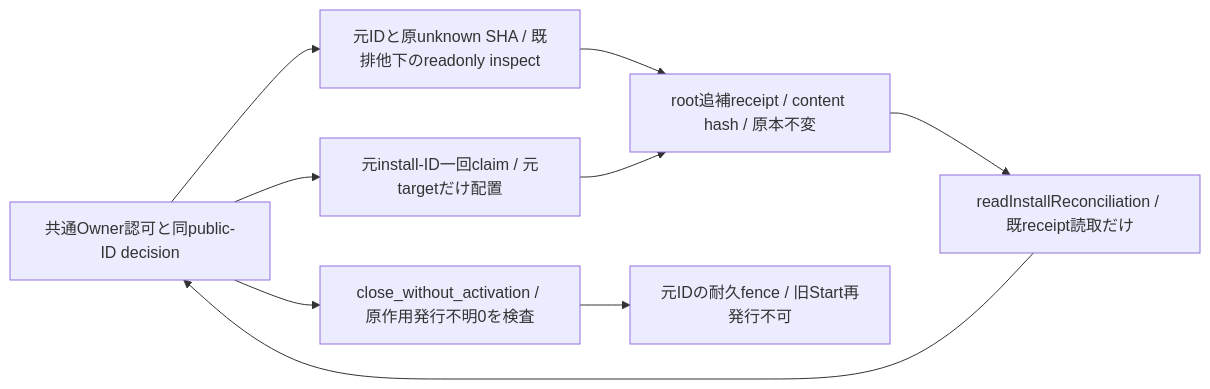
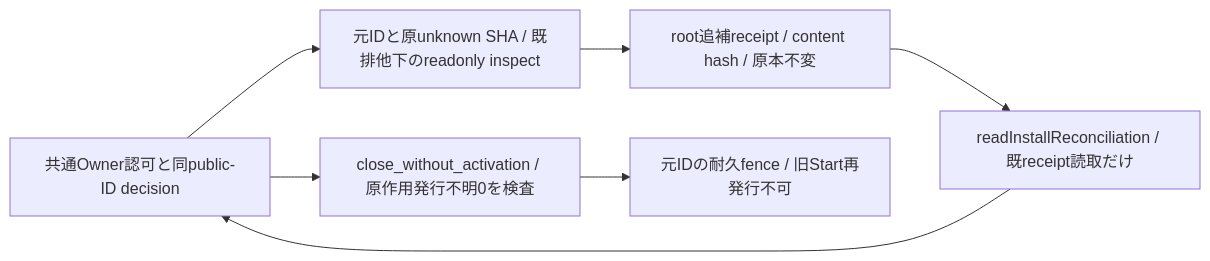
The second of 2 diagrams in docs/architecture/modules/runtime/module-installer.md (kitepon/BellTeam), drawn with Mermaid before and after one commit. The commit also changed other lines of this file and 4 other files, not shown here.

````diff
--- a/docs/architecture/modules/runtime/module-installer.md
+++ b/docs/architecture/modules/runtime/module-installer.md
@@ -48,11 +48,9 @@
 ```mermaid
 flowchart LR
   Common[共通Owner認可と同public-ID decision] --> Inspect[元IDと原unknown SHA / 既排他下のreadonly inspect]
   Inspect --> Receipt[root追補receipt / content hash / 原本不変]
   Receipt --> Read[readInstallReconciliation / 既receipt読取だけ]
   Read --> Common
-  Common --> Restore[元install-ID一回claim / 元targetだけ配置]
-  Restore --> Receipt
   Common --> Fence[close_without_activation / 原作用発行不明0を検査]
   Fence --> Store[元IDの耐久fence / 旧Start再発行不可]
 ```
````
